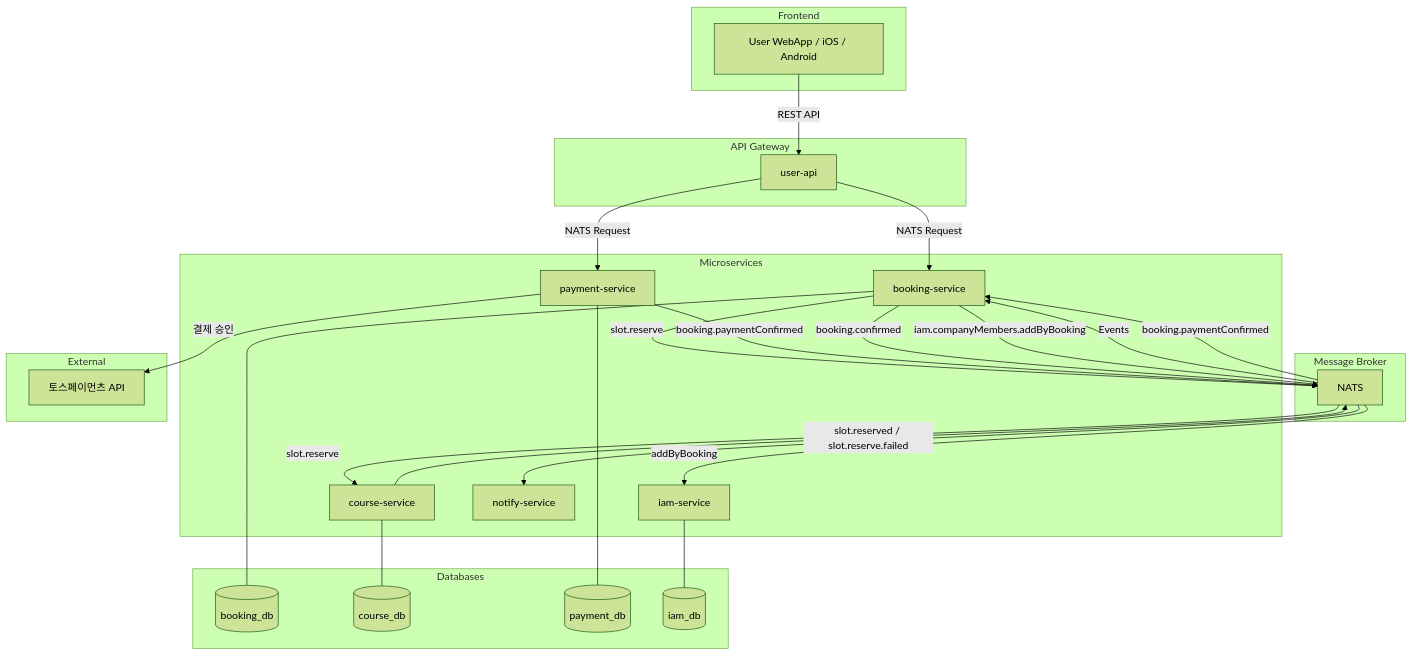
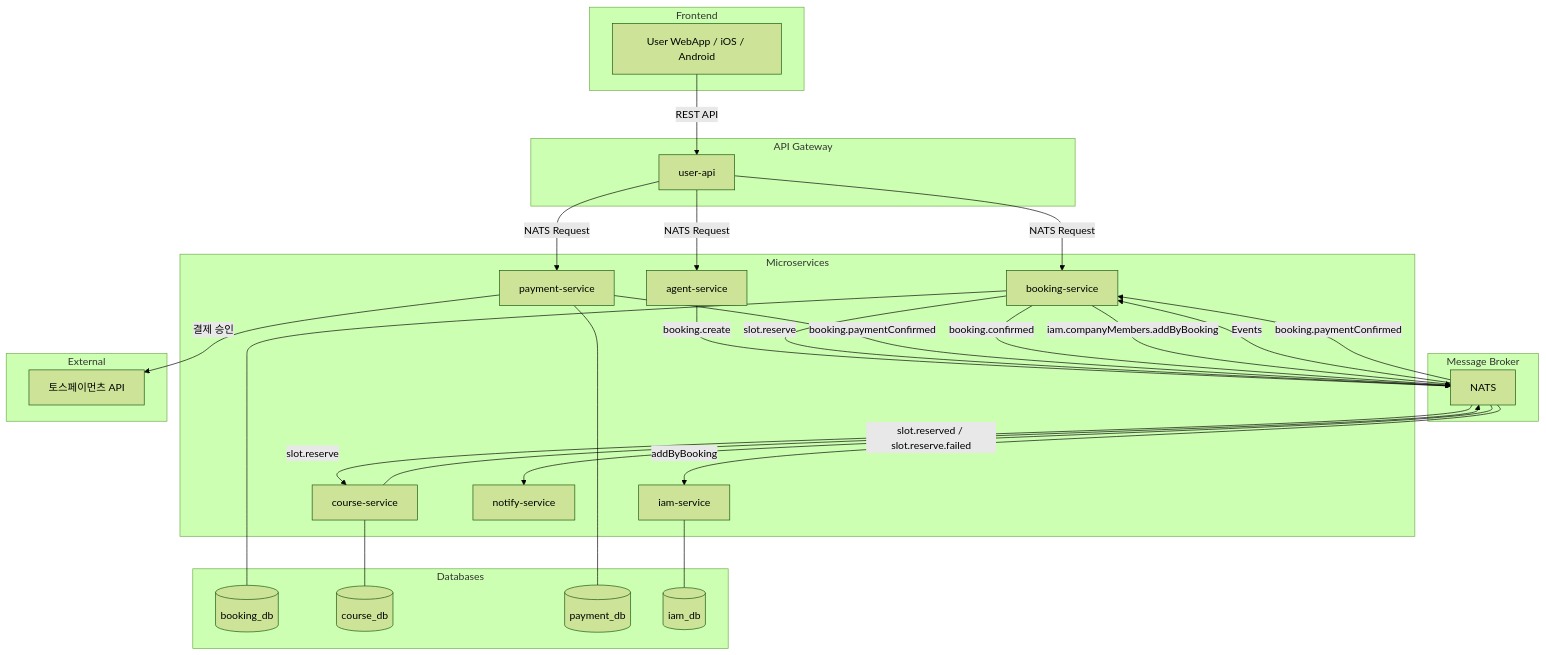
Before and after one commit to uniyous/parkgolf-platform: the first of 12 diagrams in docs/BOOKING_WORKFLOW.md, drawn with Mermaid (forest theme). The commit also changed other lines of this file and 18 other files, not shown here.

````diff
--- a/docs/BOOKING_WORKFLOW.md
+++ b/docs/BOOKING_WORKFLOW.md
@@ -56,52 +59,55 @@
 ```mermaid
 flowchart TB
     subgraph "Frontend"
         A[User WebApp / iOS / Android]
     end
 
     subgraph "API Gateway"
         B[user-api]
     end
 
     subgraph "Microservices"
         C[booking-service]
         D[course-service]
         P[payment-service]
         IAM[iam-service]
         E[notify-service]
+        AG[agent-service]
     end
 
     subgraph "Message Broker"
         NATS[NATS]
     end
 
     subgraph "Databases"
         F[(booking_db)]
         G[(course_db)]
         H[(payment_db)]
         I[(iam_db)]
     end
 
     subgraph "External"
         TOSS[토스페이먼츠 API]
     end
 
     A -->|REST API| B
     B -->|NATS Request| C
     B -->|NATS Request| P
+    B -->|NATS Request| AG
+    AG -->|booking.create| NATS
     C -->|slot.reserve| NATS
     NATS -->|slot.reserve| D
     D -->|slot.reserved / slot.reserve.failed| NATS
     NATS -->|Events| C
     P -->|booking.paymentConfirmed| NATS
     NATS -->|booking.paymentConfirmed| C
     C -->|booking.confirmed| NATS
     C -->|iam.companyMembers.addByBooking| NATS
     NATS --> E
     NATS -->|addByBooking| IAM
     P -->|결제 승인| TOSS
     C --- F
     D --- G
     P --- H
     IAM --- I
 ```
````
